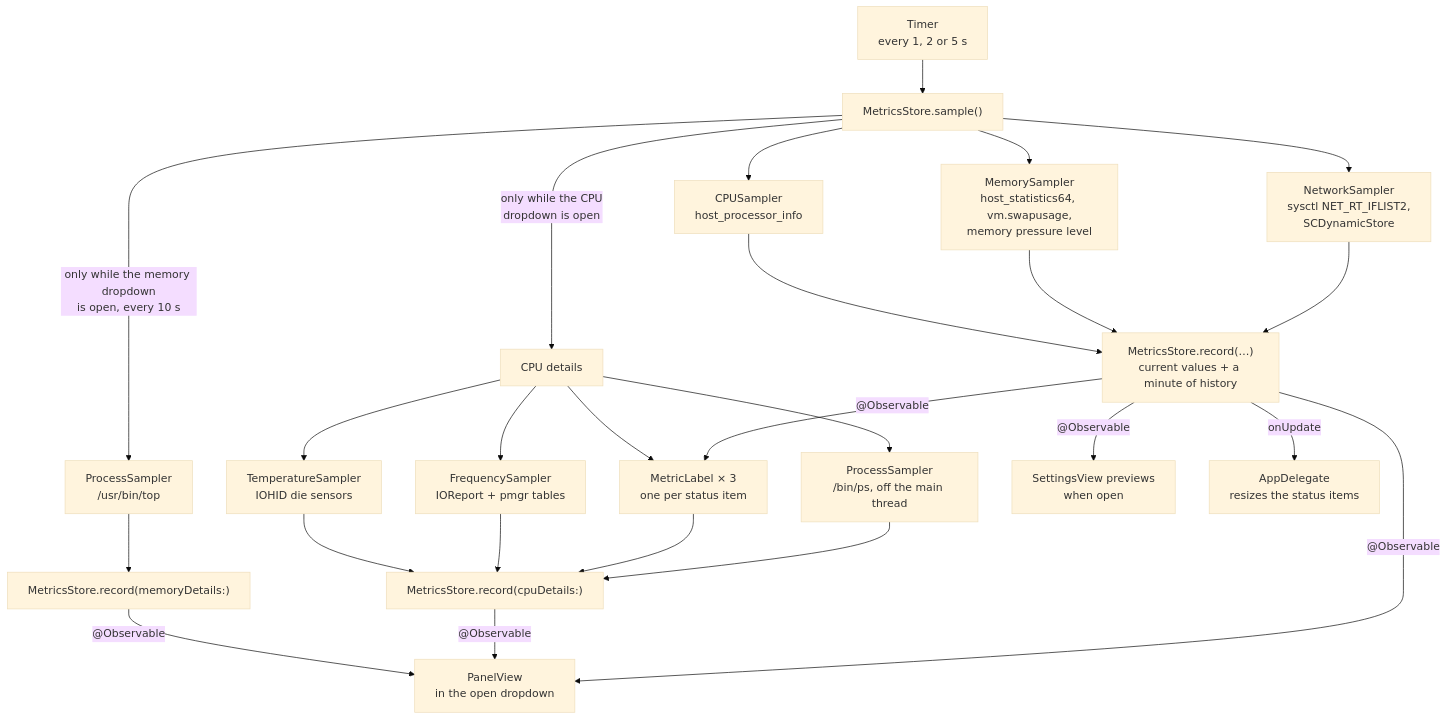
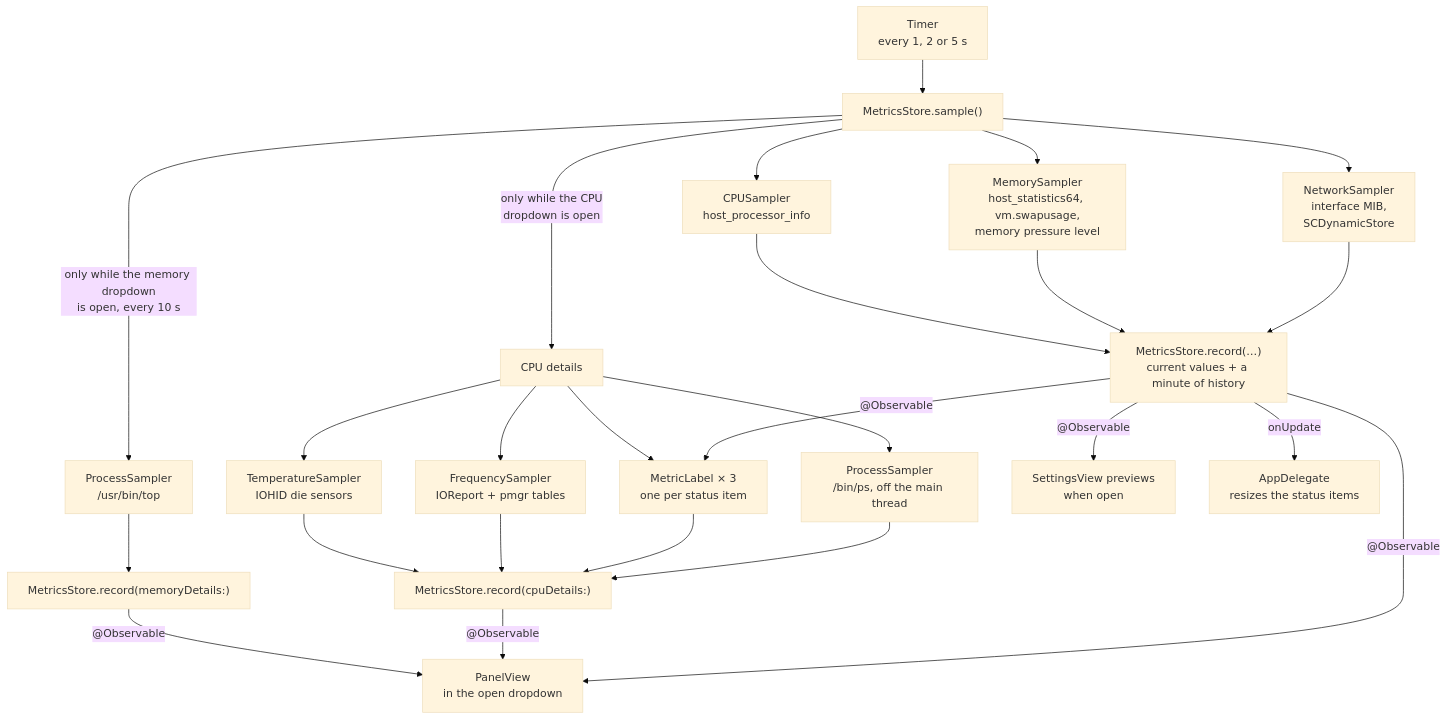
The diagram in Docs/ARCHITECTURE.md (rwijnen/menu-bar-monitor), drawn with Mermaid (base theme) before and after one commit. The commit also changed other lines of this file and 18 other files, not shown here.

````diff
--- a/Docs/ARCHITECTURE.md
+++ b/Docs/ARCHITECTURE.md
@@ -10,22 +10,22 @@
 ```mermaid
 flowchart TD
     T["Timer<br/>every 1, 2 or 5 s"] --> S["MetricsStore.sample()"]
     S --> C["CPUSampler<br/>host_processor_info"]
     S --> M["MemorySampler<br/>host_statistics64, vm.swapusage,<br/>memory pressure level"]
-    S --> N["NetworkSampler<br/>sysctl NET_RT_IFLIST2,<br/>SCDynamicStore"]
+    S --> N["NetworkSampler<br/>interface MIB,<br/>SCDynamicStore"]
     C & M & N --> R["MetricsStore.record(…)<br/>current values + a minute of history"]
     S -->|"only while the CPU<br/>dropdown is open"| D["CPU details"]
     S -->|"only while the memory dropdown<br/>is open, every 10 s"| Mt["ProcessSampler<br/>/usr/bin/top"]
     Mt --> RM["MetricsStore.record(memoryDetails:)"]
     RM -->|"@Observable"| P
     D --> Th["TemperatureSampler<br/>IOHID die sensors"]
     D --> F["FrequencySampler<br/>IOReport + pmgr tables"]
     D --> L["SystemInfo<br/>load average, uptime"]
     D --> Ps["ProcessSampler<br/>/bin/ps, off the main thread"]
     Th & F & L & Ps --> RD["MetricsStore.record(cpuDetails:)"]
     RD -->|"@Observable"| P
     R -->|"@Observable"| L["MetricLabel × 3<br/>one per status item"]
     R -->|"@Observable"| P["PanelView<br/>in the open dropdown"]
     R -->|"@Observable"| V["SettingsView previews<br/>when open"]
     R -->|"onUpdate"| W["AppDelegate<br/>resizes the status items"]
 ```
````
